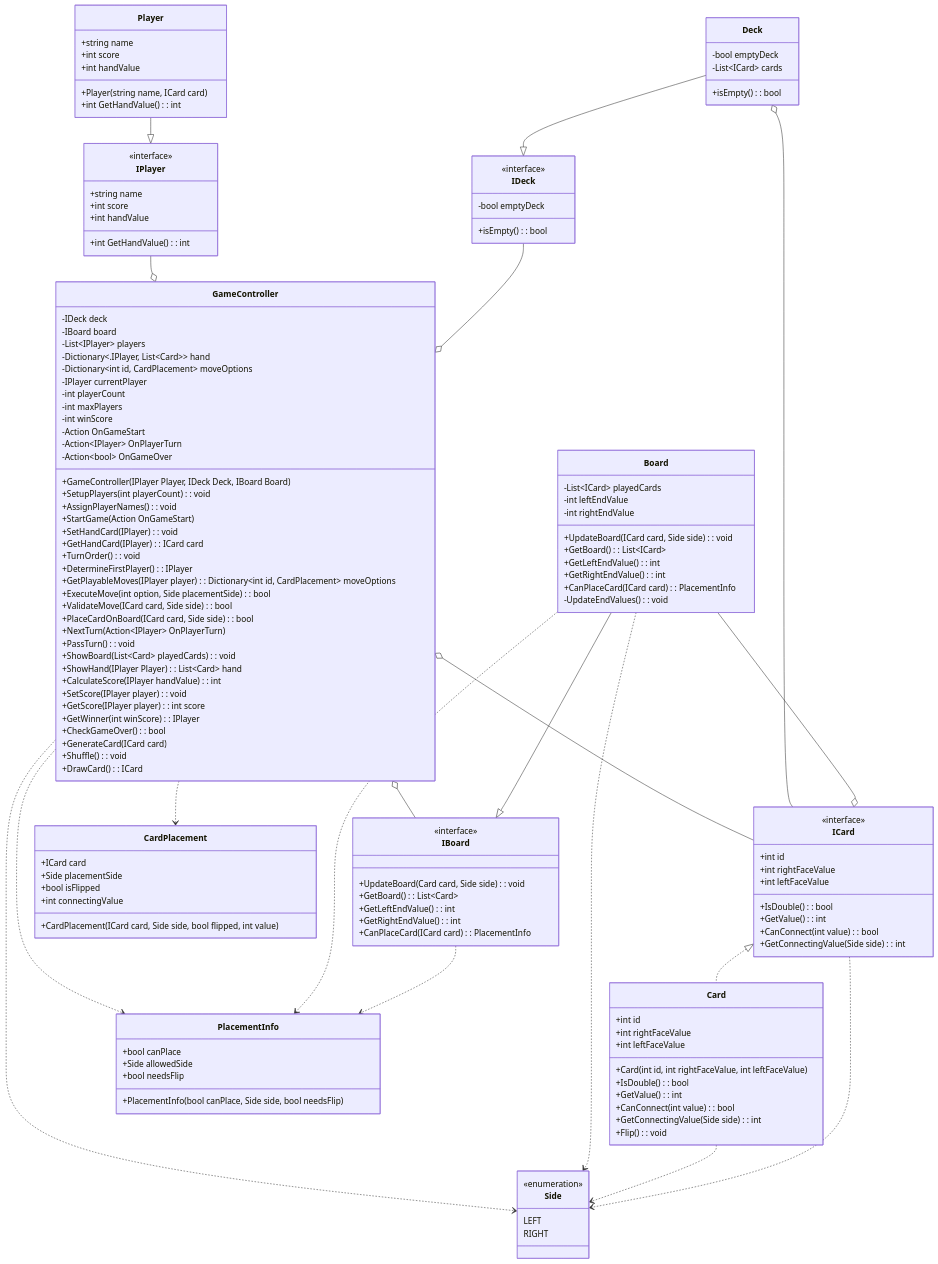
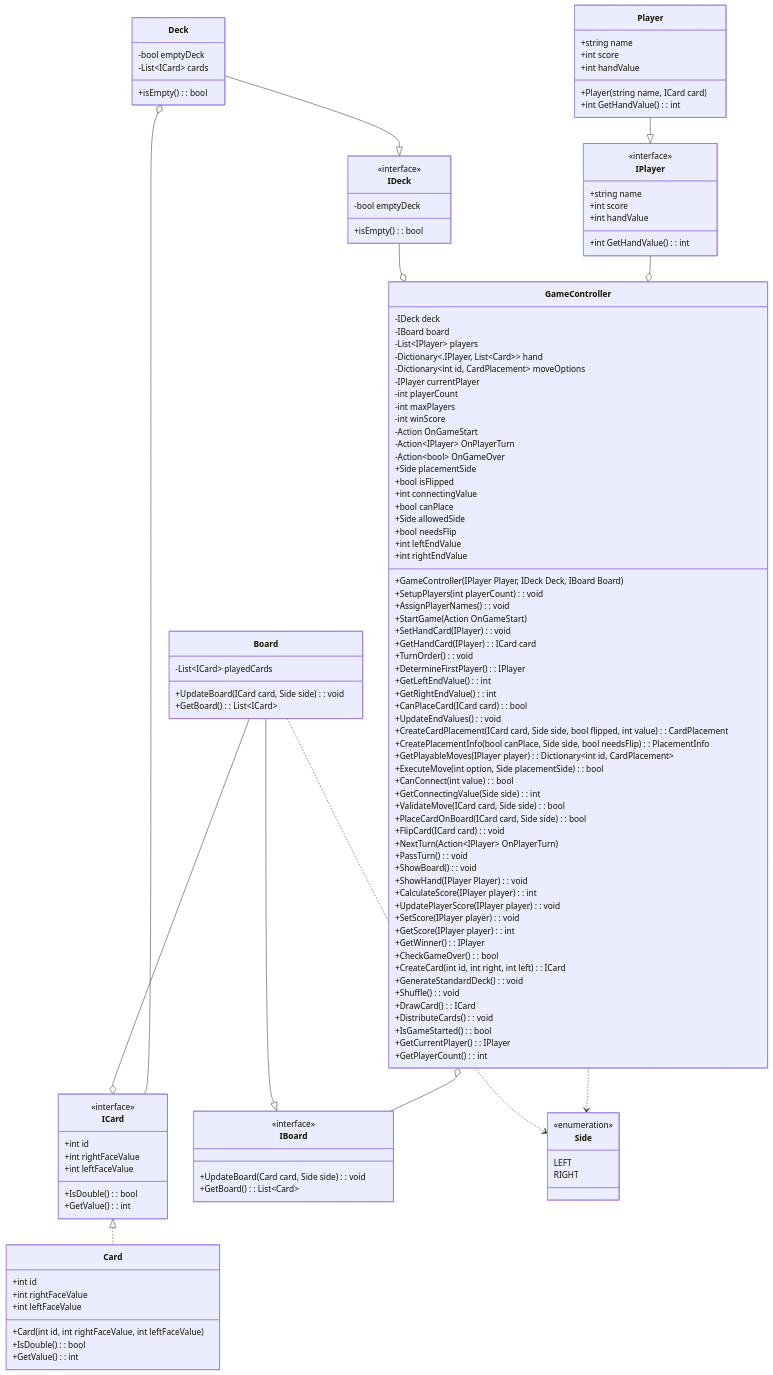
One commit to RavenFajar/bootCamp13 changed the diagram in Day6/DiagramClassProject/classDiagram.mmd. Above: the diagram before and after it, drawn with Mermaid.

```diff
--- a/Day6/DiagramClassProject/classDiagram.mmd
+++ b/Day6/DiagramClassProject/classDiagram.mmd
@@ -1,139 +1,128 @@
 classDiagram
 class IPlayer{
     <<interface>>
     +string name
     +int score
     +int handValue
     +int GetHandValue() : int
 }
 class Player{
     +string name
     +int score
     +int handValue
     +Player(string name, ICard card)
     +int GetHandValue() : int
 }
 class ICard{
     <<interface>>
     +int id
     +int rightFaceValue
     +int leftFaceValue 
     +IsDouble() : bool
     +GetValue() : int
-    +CanConnect(int value) : bool
-    +GetConnectingValue(Side side) : int
 }
 class IDeck{
     <<interface>>
     -bool emptyDeck
     +isEmpty() : bool
 }
 class IBoard{
     <<interface>>
     +UpdateBoard(Card card, Side side) : void
     +GetBoard() : List~Card~
-    +GetLeftEndValue() : int
-    +GetRightEndValue() : int
-    +CanPlaceCard(ICard card) : PlacementInfo
 }
 class Deck{
     -bool emptyDeck
     -List~ICard~ cards
     +isEmpty() : bool
 }
 class Board{
     -List~ICard~ playedCards
-    -int leftEndValue
-    -int rightEndValue
     +UpdateBoard(ICard card, Side side) : void
     +GetBoard() : List~ICard~
-    +GetLeftEndValue() : int
-    +GetRightEndValue() : int
-    +CanPlaceCard(ICard card) : PlacementInfo
-    -UpdateEndValues() : void
 }
 class Card{
     +int id
     +int rightFaceValue
     +int leftFaceValue   
     +Card(int id, int rightFaceValue, int leftFaceValue) 
     +IsDouble() : bool
     +GetValue() : int
-    +CanConnect(int value) : bool
-    +GetConnectingValue(Side side) : int
-    +Flip() : void
 }
 class Side{
     <<enumeration>>
     LEFT
     RIGHT
-}
-class PlacementInfo{
-    +bool canPlace
-    +Side allowedSide
-    +bool needsFlip
-    +PlacementInfo(bool canPlace, Side side, bool needsFlip)
-}
-class CardPlacement{
-    +ICard card
-    +Side placementSide
-    +bool isFlipped
-    +int connectingValue
-    +CardPlacement(ICard card, Side side, bool flipped, int value)
 }
 class GameController{
     -IDeck deck
     -IBoard board
     -List~IPlayer~ players
     -Dictionary<.IPlayer, List~Card~> hand
     -Dictionary~int id, CardPlacement~ moveOptions
     -IPlayer currentPlayer
     -int playerCount
     -int maxPlayers
     -int winScore
     -Action OnGameStart
     -Action~IPlayer~ OnPlayerTurn
     -Action~bool~ OnGameOver
+    +Side placementSide
+    +bool isFlipped
+    +int connectingValue
+    +bool canPlace
+    +Side allowedSide
+    +bool needsFlip
+    +int leftEndValue
+    +int rightEndValue
     +GameController(IPlayer Player, IDeck Deck, IBoard Board)
     +SetupPlayers(int playerCount) : void
     +AssignPlayerNames() : void
     +StartGame(Action OnGameStart)
     +SetHandCard(IPlayer): void
     +GetHandCard(IPlayer): ICard card 
     +TurnOrder() : void
     +DetermineFirstPlayer() : IPlayer
-    +GetPlayableMoves(IPlayer player) : Dictionary~int id, CardPlacement~ moveOptions
+    +GetLeftEndValue() : int
+    +GetRightEndValue() : int
+    +CanPlaceCard(ICard card) : bool
+    +UpdateEndValues() : void
+    +CreateCardPlacement(ICard card, Side side, bool flipped, int value) : CardPlacement
+    +CreatePlacementInfo(bool canPlace, Side side, bool needsFlip) : PlacementInfo
+    +GetPlayableMoves(IPlayer player) : Dictionary~int id, CardPlacement~
     +ExecuteMove(int option, Side placementSide) : bool
+    +CanConnect(int value) : bool
+    +GetConnectingValue(Side side) : int
     +ValidateMove(ICard card, Side side) : bool
     +PlaceCardOnBoard(ICard card, Side side) : bool
+    +FlipCard(ICard card) : void
     +NextTurn(Action~IPlayer~ OnPlayerTurn)
     +PassTurn() : void
-    +ShowBoard(List~Card~ playedCards) : void
-    +ShowHand(IPlayer Player): List~Card~ hand 
-    +CalculateScore(IPlayer handValue) : int
+    +ShowBoard() : void
+    +ShowHand(IPlayer Player): void 
+    +CalculateScore(IPlayer player) : int
+    +UpdatePlayerScore(IPlayer player) : void
     +SetScore(IPlayer player) : void
-    +GetScore(IPlayer player) : int score
-    +GetWinner(int winScore) : IPlayer
+    +GetScore(IPlayer player) : int
+    +GetWinner() : IPlayer
     +CheckGameOver() : bool
-    +GenerateCard(ICard card)
+    +CreateCard(int id, int right, int left) : ICard
+    +GenerateStandardDeck() : void
     +Shuffle() : void
     +DrawCard() : ICard
+    +DistributeCards() : void
+    +IsGameStarted() : bool
+    +GetCurrentPlayer() : IPlayer
+    +GetPlayerCount() : int
 }
 IPlayer --o GameController 
 IDeck --o GameController
 GameController o-- IBoard
-GameController o-- ICard
 Deck --|> IDeck 
 Board --|> IBoard 
 Player --|> IPlayer 
 Deck o-- ICard
 Board --o ICard
 ICard <|.. Card 
 GameController ..> Side
-GameController ..> PlacementInfo
-GameController ..> CardPlacement
-Board ..> PlacementInfo
 Board ..> Side
-Card ..> Side
-IBoard ..> PlacementInfo
-ICard ..> Side
```
